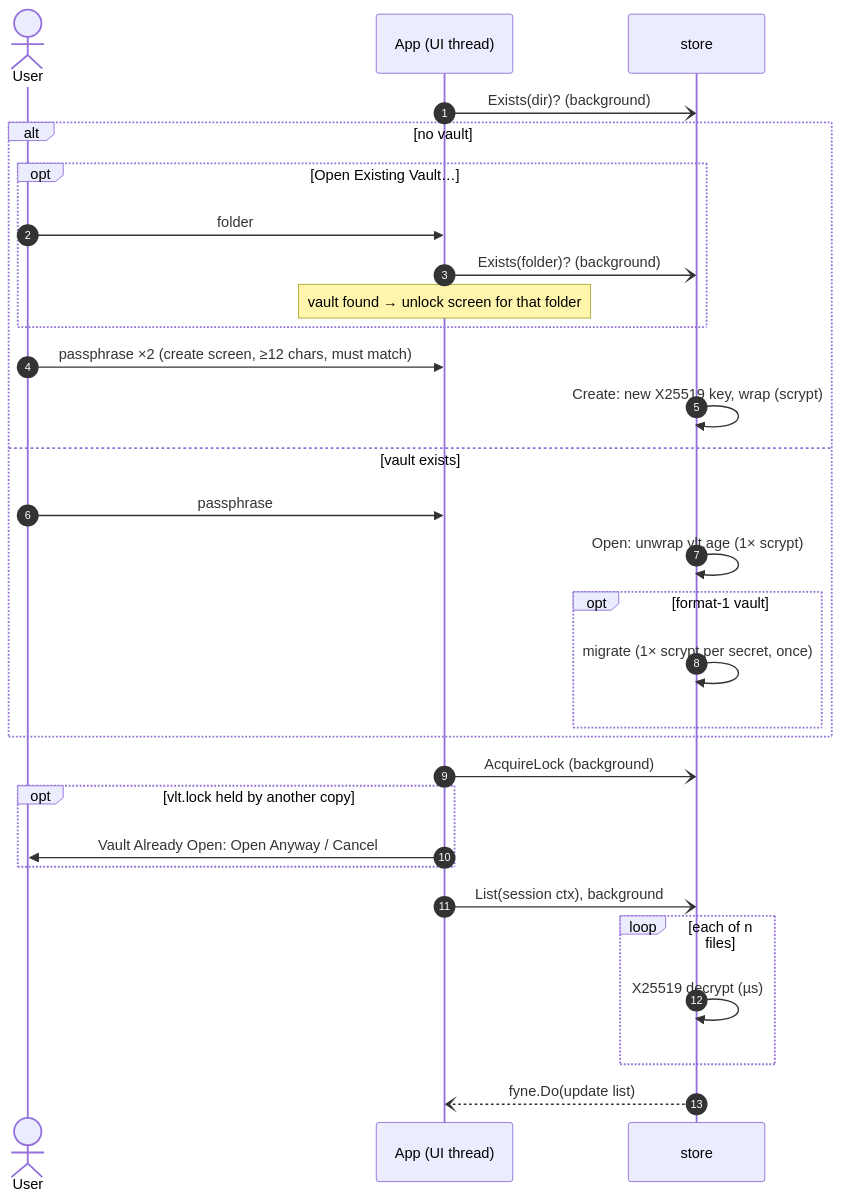
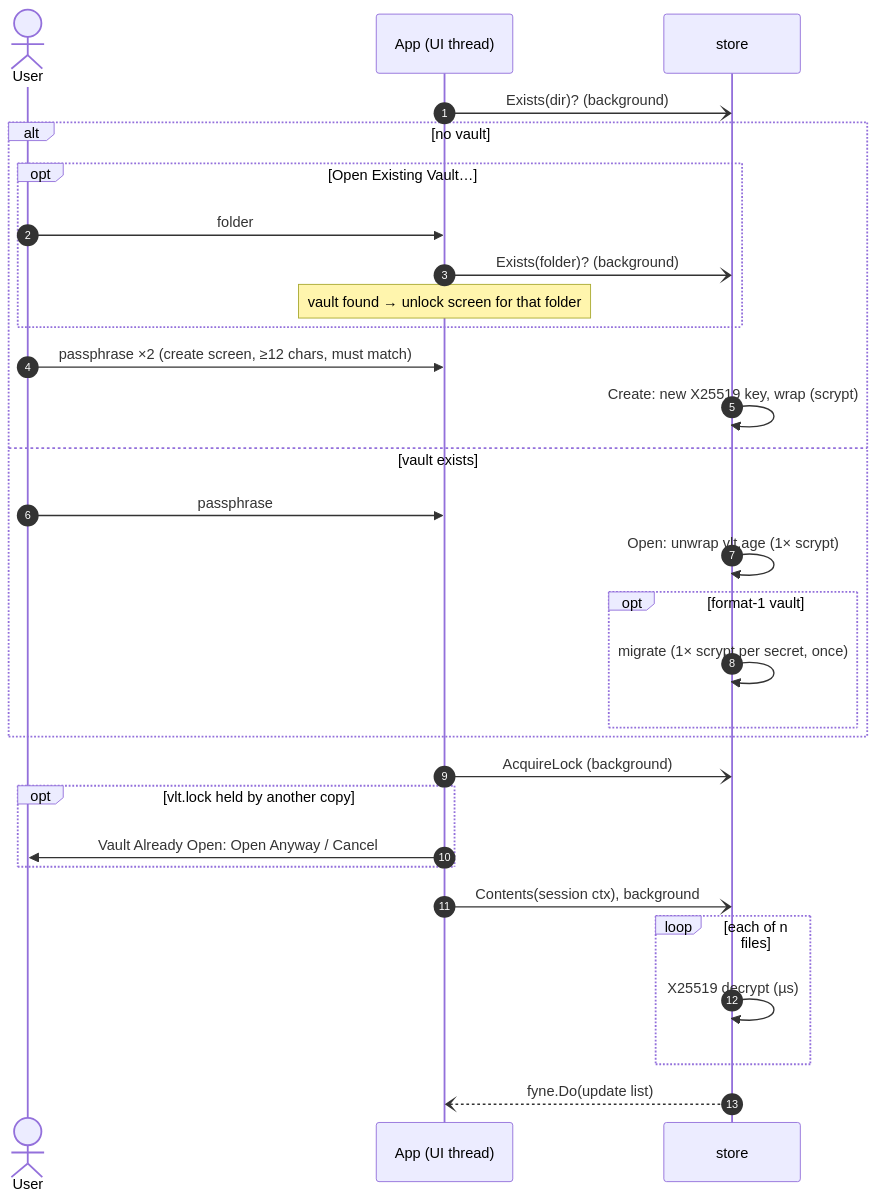
The diagram in vault-vlt/Architecture/Unlock Flow.md (heyjdp/vlt), drawn with Mermaid before and after one commit. The commit also changed 13 other files, not shown here.

````diff
--- a/vault-vlt/Architecture/Unlock Flow.md
+++ b/vault-vlt/Architecture/Unlock Flow.md
@@ -19,32 +19,32 @@
 ```mermaid
 sequenceDiagram
     autonumber
     actor User
     participant A as App (UI thread)
     participant S as store
     A-)S: Exists(dir)? (background)
     alt no vault
         opt Open Existing Vault…
             User->>A: folder
             A-)S: Exists(folder)? (background)
             Note over A: vault found → unlock screen for that folder
         end
         User->>A: passphrase ×2 (create screen, ≥12 chars, must match)
         S->>S: Create: new X25519 key, wrap (scrypt)
     else vault exists
         User->>A: passphrase
         S->>S: Open: unwrap vlt.age (1× scrypt)
         opt format-1 vault
             S->>S: migrate (1× scrypt per secret, once)
         end
     end
     A-)S: AcquireLock (background)
     opt vlt.lock held by another copy
         A->>User: Vault Already Open: Open Anyway / Cancel
     end
-    A-)S: List(session ctx), background
+    A-)S: Contents(session ctx), background
     loop each of n files
         S->>S: X25519 decrypt (µs)
     end
     S--)A: fyne.Do(update list)
 ```
````
